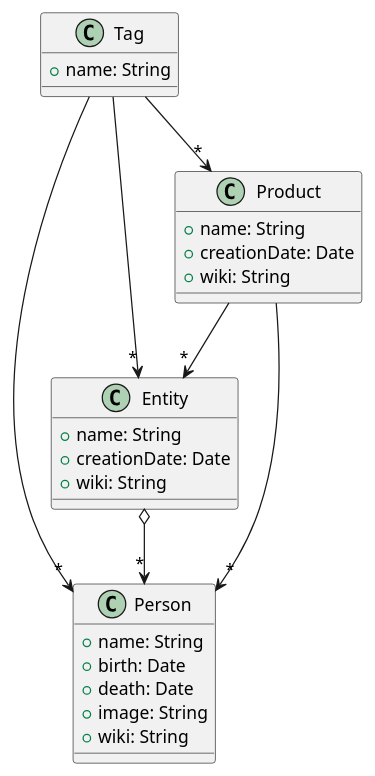
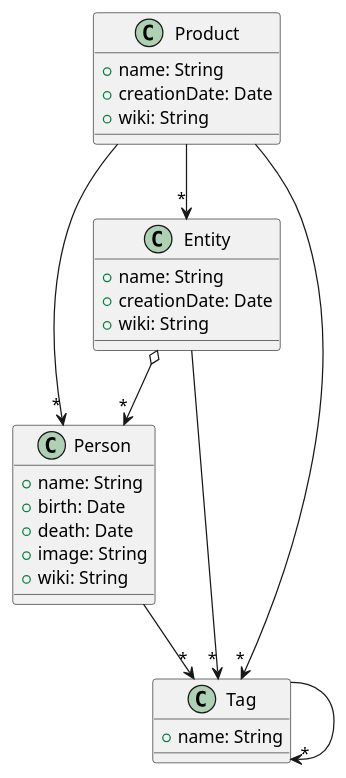
One commit to nataliacasanova/analesdelaciencia changed the first of 2 diagrams in index.adoc. Above: the diagram before and after it, drawn with PlantUML. The commit also changed other lines of this file and 5 other files, not shown here.

```diff
--- a/index.adoc
+++ b/index.adoc
@@ -17,34 +17,35 @@
 [plantuml, draughtsModeloDominio, svg]
 ....
 class Person {
 + name: String
 + birth: Date
 + death: Date
 + image: String
 + wiki: String 
 }
 
 class Entity {
 + name: String
 + creationDate: Date
 + wiki: String
 }
 
 class Product {
 + name: String
 + creationDate: Date
 + wiki: String
 }
 
 class Tag{
 + name: String
 }
 
 Product -down-> "*" Person
 Product -down-> "*" Entity
 Entity o-down-> "*" Person
-Tag --> "*" Product
-Tag --> "*" Entity
-Tag --> "*" Person
+Product --> "*" Tag
+Entity --> "*" Tag
+Person --> "*" Tag
+Tag --> "*" Tag
 
 ....
```
